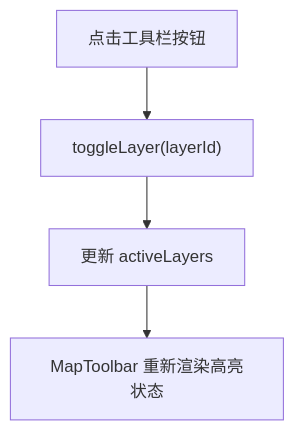
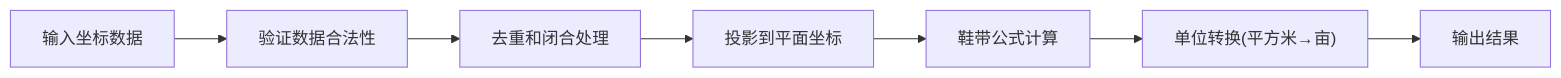
The fourth of 5 diagrams in .qoder/repowiki/zh/content/前端应用文档/地图可视化.md (q446328246/agri-platform), drawn with Mermaid before and after one commit. The commit also changed other lines of this file and 39 other files, not shown here.

````diff
--- a/.qoder/repowiki/zh/content/前端应用文档/地图可视化.md
+++ b/.qoder/repowiki/zh/content/前端应用文档/地图可视化.md
@@ -264,6 +201,9 @@
 ```mermaid
-flowchart TD
-Click["点击工具栏按钮"] --> Toggle["toggleLayer(layerId)"]
-Toggle --> Update["更新 activeLayers"]
-Update --> Render["MapToolbar 重新渲染高亮状态"]
+flowchart LR
+Input["输入坐标数据"] --> Validate["验证数据合法性"]
+Validate --> Dedupe["去重和闭合处理"]
+Dedupe --> Project["投影到平面坐标"]
+Project --> Calculate["鞋带公式计算"]
+Calculate --> Convert["单位转换(平方米→亩)"]
+Convert --> Output["输出结果"]
 ```
````
